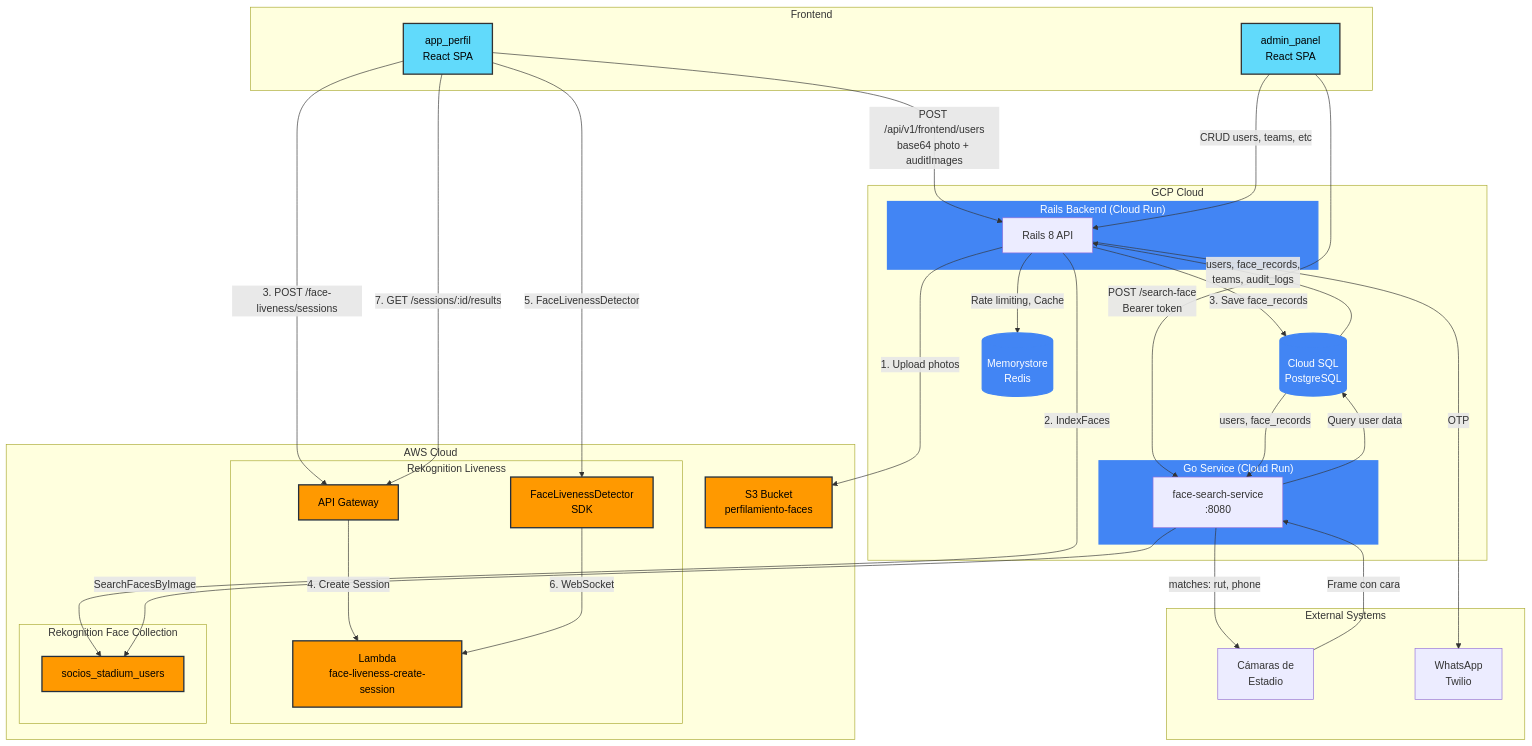
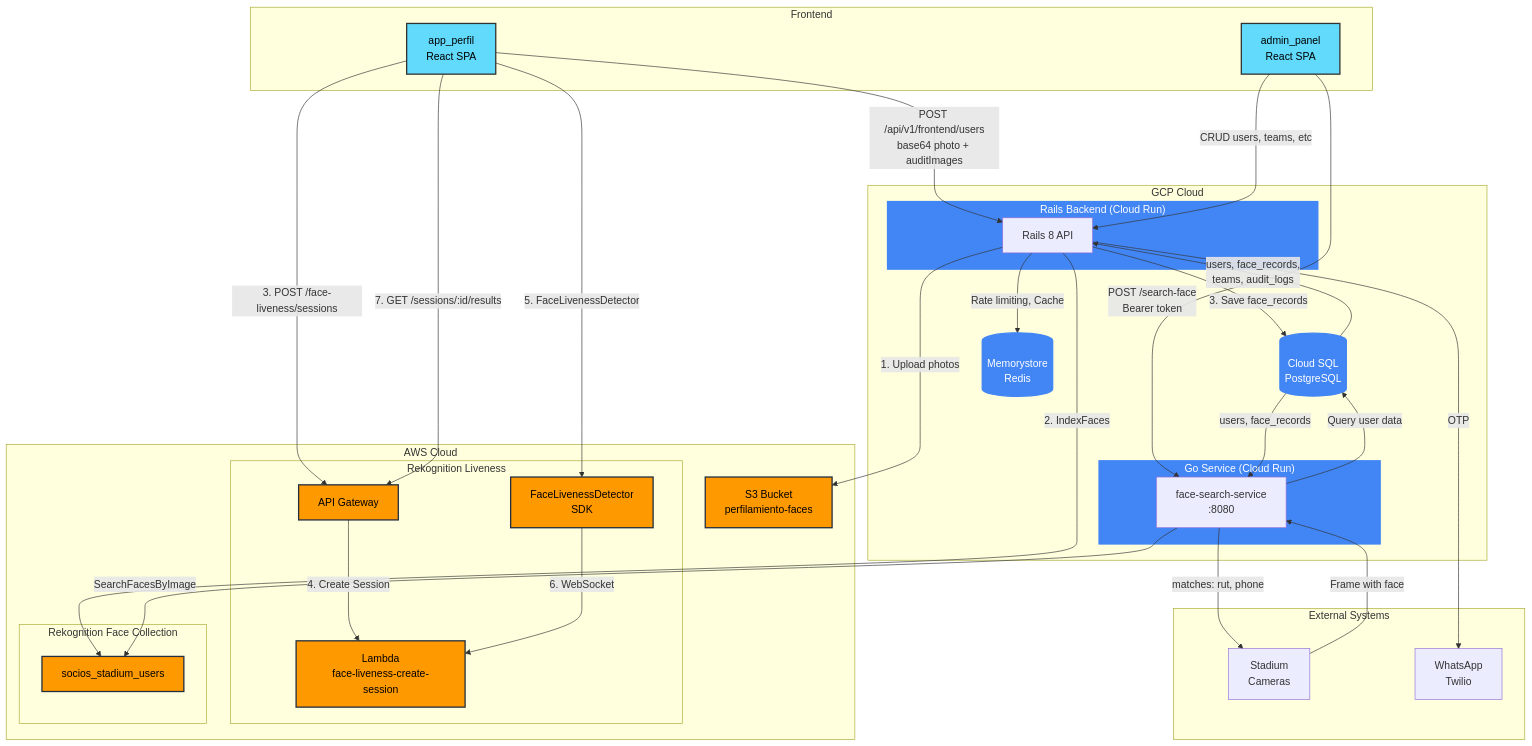
Before and after one commit to arnigon-holdings/app-socios-estadio: the first of 3 diagrams in docs/ARQUITECTURA.md, drawn with Mermaid. The commit also changed other lines of this file and 5 other files, not shown here.

````diff
--- a/docs/ARQUITECTURA.md
+++ b/docs/ARQUITECTURA.md
@@ -3,78 +3,78 @@
 ```mermaid
 flowchart TB
     subgraph Frontend["Frontend"]
         FE["app_perfil<br/>React SPA"]
         Admin["admin_panel<br/>React SPA"]
     end
 
     subgraph AWS["AWS Cloud"]
         subgraph Liveness["Rekognition Liveness"]
             Lambda["Lambda<br/>face-liveness-create-session"]
             API["API Gateway"]
             LivenessDetector["FaceLivenessDetector<br/>SDK"]
         end
         subgraph FaceCollection["Rekognition Face Collection"]
             Collection["socios_stadium_users"]
         end
         S3["S3 Bucket<br/>perfilamiento-faces"]
     end
 
     subgraph GCP["GCP Cloud"]
         subgraph RailsBackend["Rails Backend (Cloud Run)"]
             Rails["Rails 8 API"]
         end
         subgraph GoService["Go Service (Cloud Run)"]
             Go["face-search-service<br/>:8080"]
         end
         PostgreSQL[("Cloud SQL<br/>PostgreSQL")]
         Redis[("Memorystore<br/>Redis")]
     end
 
     subgraph External["External Systems"]
-        Camera["Cámaras de<br/>Estadio"]
+        Camera["Stadium<br/>Cameras"]
         WhatsApp["WhatsApp<br/>Twilio"]
     end
 
     %% Frontend to Backend Registration
     FE -->|POST /api/v1/frontend/users<br/>base64 photo + auditImages| Rails
     Rails -->|1. Upload photos| S3
     Rails -->|2. IndexFaces| Collection
     Rails -->|3. Save face_records| PostgreSQL
 
     %% Liveness Flow
     FE -->|3. POST /face-liveness/sessions| API
     API -->|4. Create Session| Lambda
     FE -->|5. FaceLivenessDetector| LivenessDetector
     LivenessDetector -->|6. WebSocket| Lambda
     FE -->|7. GET /sessions/:id/results| API
 
     %% Admin Panel
     Admin -->|CRUD users, teams, etc| Rails
     Admin -->|POST /search-face<br/>Bearer token| Go
 
     %% Camera to Go Service
-    Camera -->|Frame con cara| Go
+    Camera -->|Frame with face| Go
     Go -->|SearchFacesByImage| Collection
     Go -->|Query user data| PostgreSQL
     Go -->|matches: rut, phone| Camera
 
     %% Rails to Redis
     Rails -->|Rate limiting, Cache| Redis
 
     %% WhatsApp for phone verification (future)
     Rails -->|OTP| WhatsApp
 
     %% Data stores
     PostgreSQL -->|users, face_records,<br/>teams, audit_logs| Rails
     PostgreSQL -->|users, face_records| Go
 
     %% Style
     classDef aws fill:#FF9900,color:#000,stroke:#232F3E,stroke-width:2px
     classDef gcp fill:#4285F4,color:#fff,stroke:#4285F4,stroke-width:2px
     classDef frontend fill:#61DAFB,color:#000,stroke:#333,stroke-width:2px
     classDef service fill:#8B5CF6,color:#fff,stroke:#8B5CF6,stroke-width:2px
 
     class S3,Collection,LivenessDetector,Lambda,API aws
     class PostgreSQL,Redis,RailsBackend,GoService gcp
     class FE,Admin frontend
 ```
````
